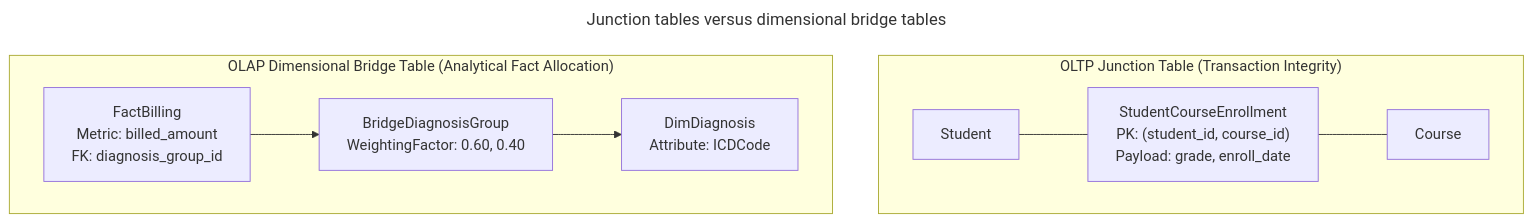
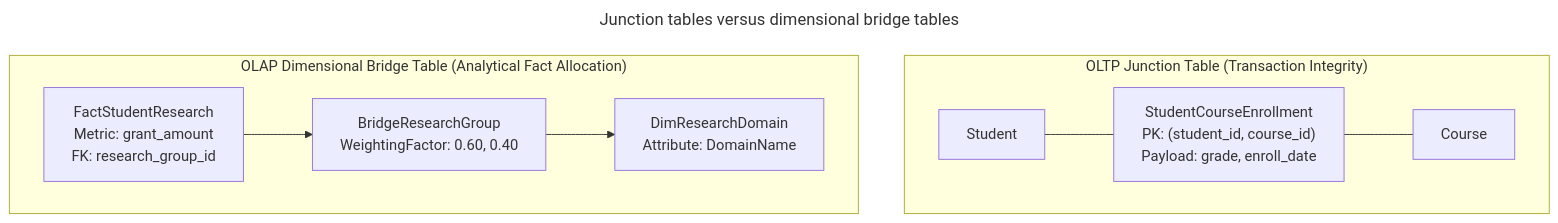
The tenth of 10 diagrams in content/modeling/entities-attributes-and-relationships.md (VineethChivukula/dedocs), drawn with Mermaid before and after one commit. The commit also changed other lines of this file and 26 other files, not shown here.

````diff
--- a/content/modeling/entities-attributes-and-relationships.md
+++ b/content/modeling/entities-attributes-and-relationships.md
@@ -455,15 +459,15 @@
 ```mermaid
 ---
 title: Junction tables versus dimensional bridge tables
 ---
 flowchart TD
     subgraph OLTP ["OLTP Junction Table (Transaction Integrity)"]
         direction LR
         S[Student] --- E["StudentCourseEnrollment<br/>PK: (student_id, course_id)<br/>Payload: grade, enroll_date"] --- C[Course]
     end
 
     subgraph OLAP ["OLAP Dimensional Bridge Table (Analytical Fact Allocation)"]
         direction LR
-        F["FactBilling<br/>Metric: billed_amount<br/>FK: diagnosis_group_id"] --> B["BridgeDiagnosisGroup<br/>WeightingFactor: 0.60, 0.40"] --> D["DimDiagnosis<br/>Attribute: ICDCode"]
+        F["FactStudentResearch<br/>Metric: grant_amount<br/>FK: research_group_id"] --> B["BridgeResearchGroup<br/>WeightingFactor: 0.60, 0.40"] --> D["DimResearchDomain<br/>Attribute: DomainName"]
     end
 ```
````
